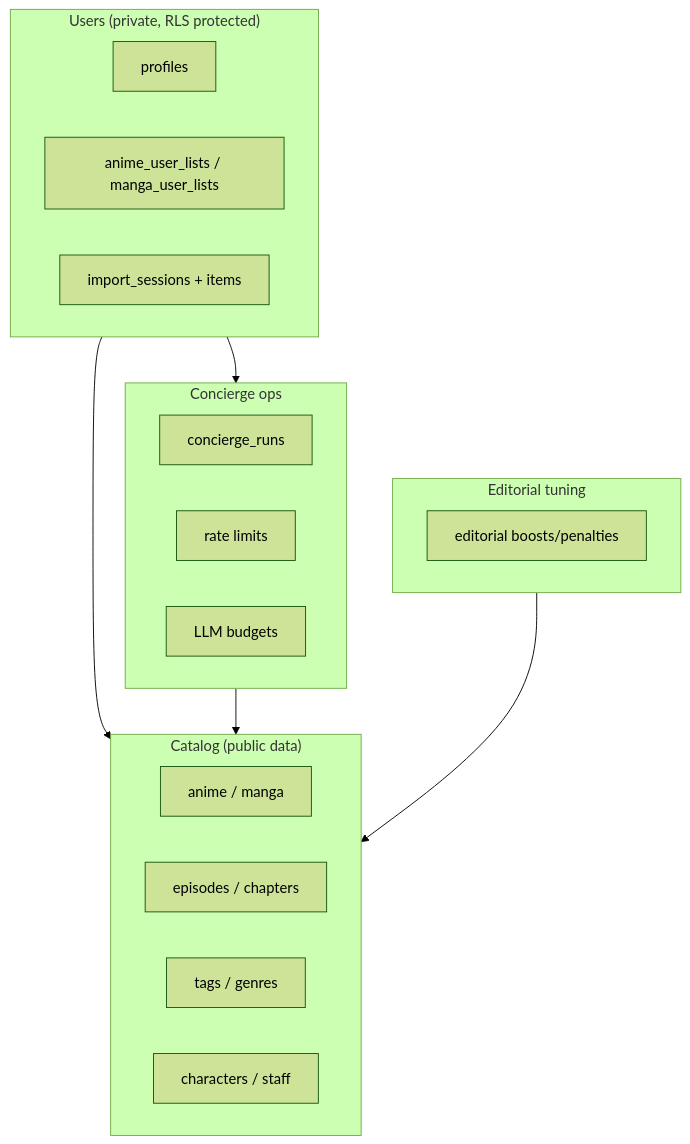
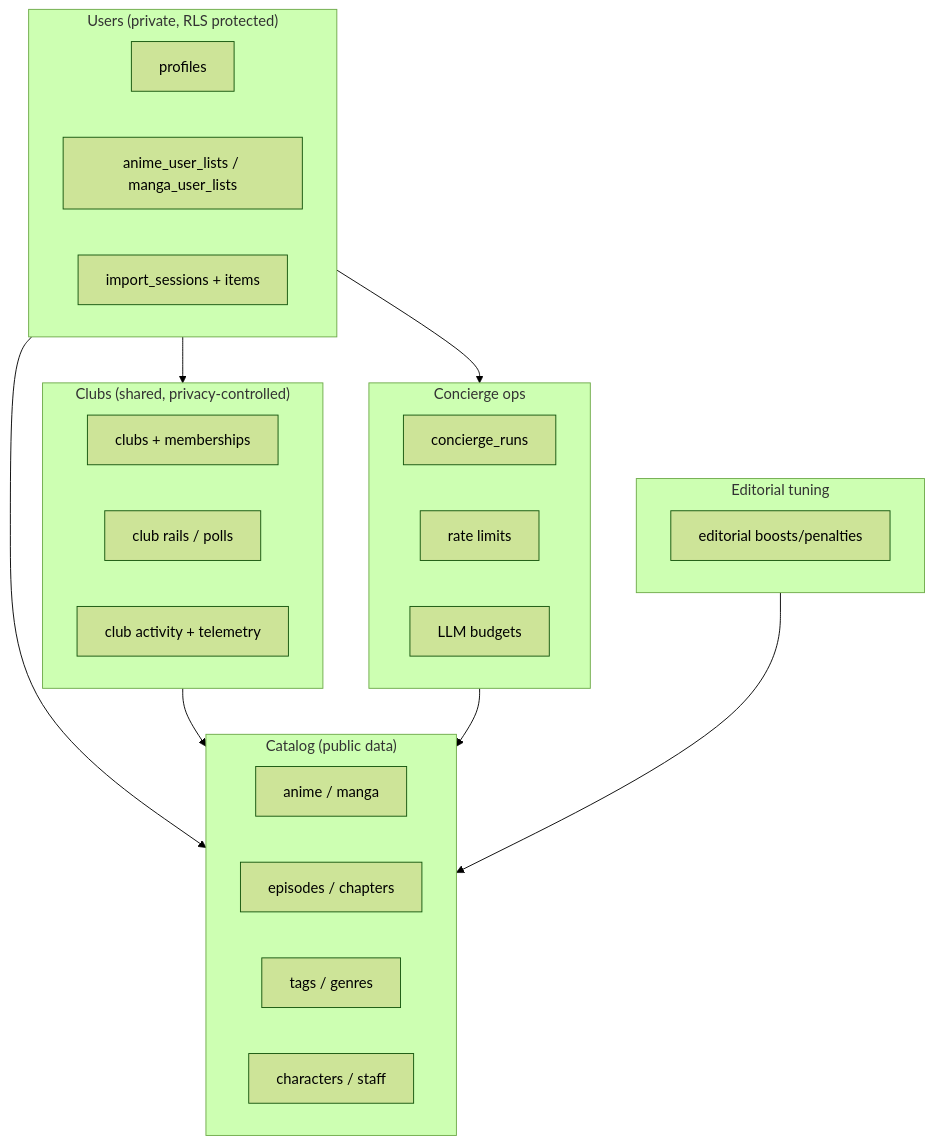
The fourth of 6 diagrams in CURRENT_APP_STATE_PLAIN.md (Humbl-club/Kuro-Anime-App), drawn with Mermaid (forest theme) before and after one commit. The commit also changed other lines of this file and 2 other files, not shown here.

Commit message:
docs: update all 3 state files for clubs + concierge redesign

````diff
--- a/CURRENT_APP_STATE_PLAIN.md
+++ b/CURRENT_APP_STATE_PLAIN.md
@@ -235,30 +243,38 @@
 ```mermaid
 flowchart TB
   subgraph Catalog["Catalog (public data)"]
     A1[anime / manga]
     A2[episodes / chapters]
     A3[tags / genres]
     A4[characters / staff]
   end
 
   subgraph Users["Users (private, RLS protected)"]
     U1[profiles]
     U2[anime_user_lists / manga_user_lists]
     U3[import_sessions + items]
   end
 
+  subgraph Clubs["Clubs (shared, privacy-controlled)"]
+    CL1[clubs + memberships]
+    CL2[club rails / polls]
+    CL3[club activity + telemetry]
+  end
+
   subgraph Concierge["Concierge ops"]
     C1[concierge_runs]
     C2[rate limits]
     C3[LLM budgets]
   end
 
   subgraph Editorial["Editorial tuning"]
     E1[editorial boosts/penalties]
   end
 
   Users --> Catalog
   Users --> Concierge
+  Users --> Clubs
+  Clubs --> Catalog
   Concierge --> Catalog
   Editorial --> Catalog
 ```
````
